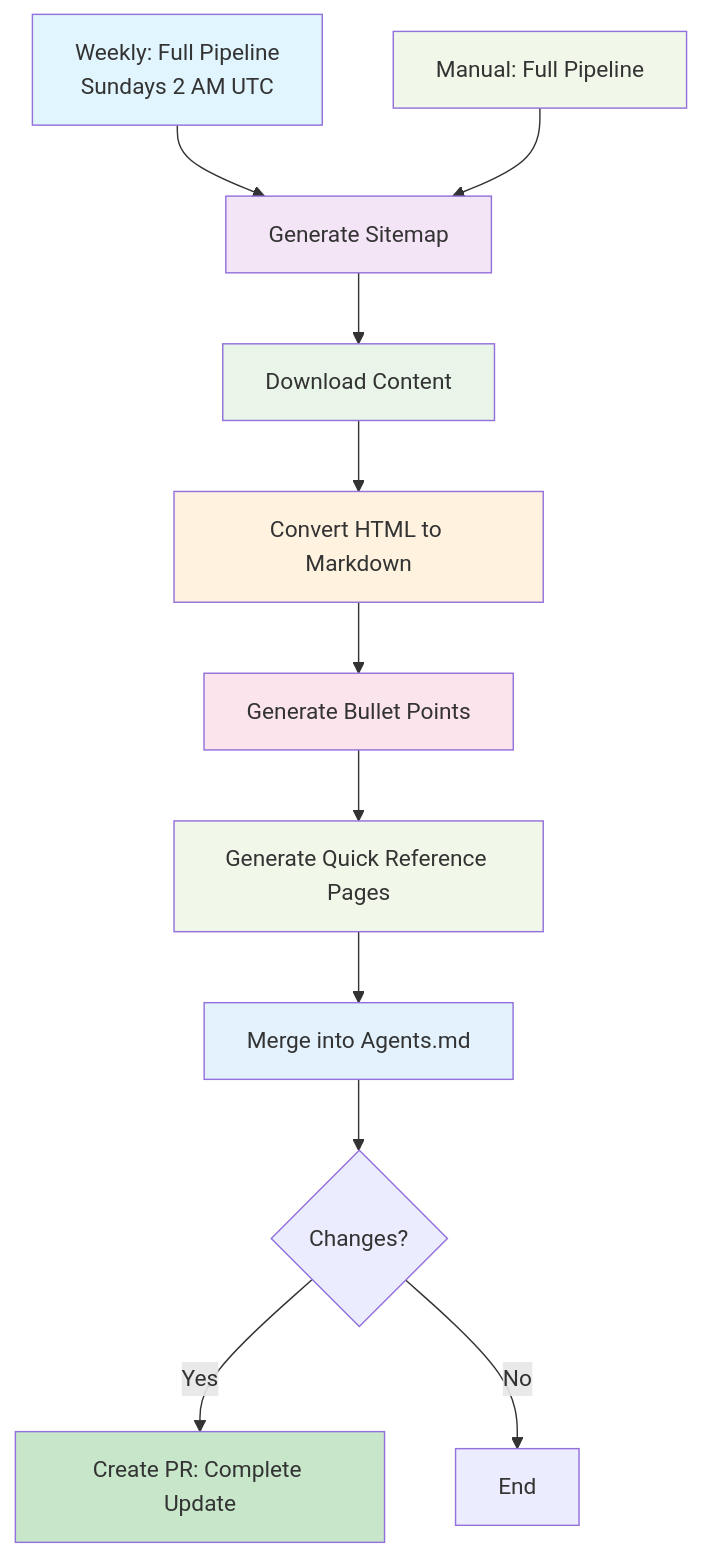
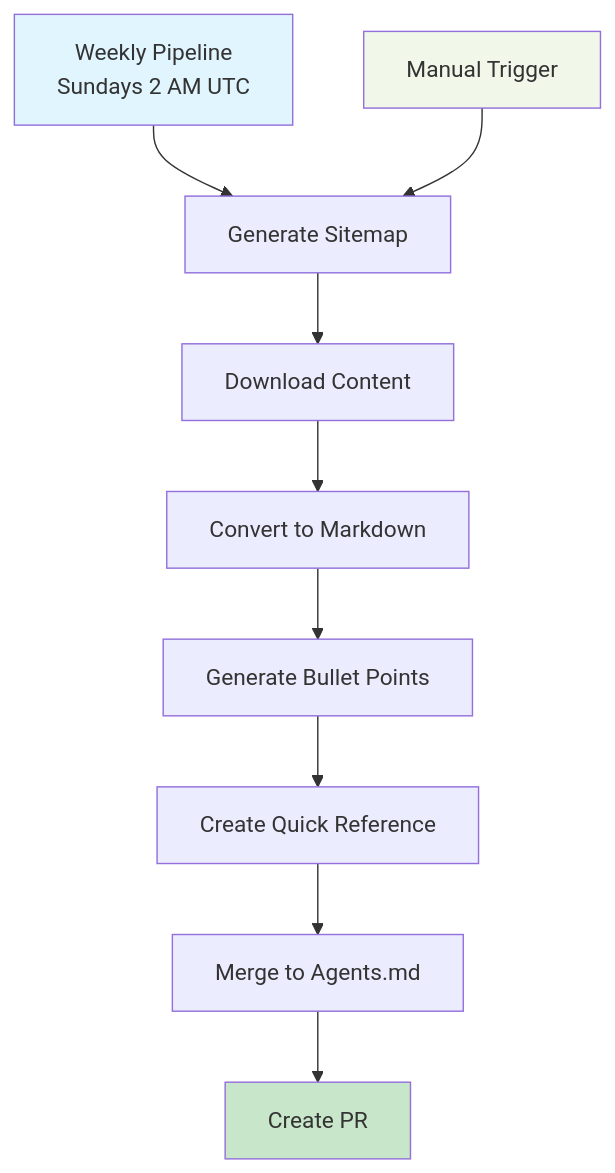
One commit to ronaldtebrake/surge changed the diagram in README.md. Above: the diagram before and after it, drawn with Mermaid. The commit also changed other lines of this file, not shown here.

````diff
--- a/README.md
+++ b/README.md
@@ -204,24 +32,16 @@
 ```mermaid
 graph TD
-    A[Weekly: Full Pipeline<br/>Sundays 2 AM UTC] --> B[Generate Sitemap]
+    A[Weekly Pipeline<br/>Sundays 2 AM UTC] --> B[Generate Sitemap]
     B --> C[Download Content]
-    C --> D[Convert HTML to Markdown]
+    C --> D[Convert to Markdown]
     D --> E[Generate Bullet Points]
-    E --> F[Generate Quick Reference Pages]
-    F --> G[Merge into Agents.md]
-    G --> H{Changes?}
-    H -->|Yes| I[Create PR: Complete Update]
-    H -->|No| J[End]
+    E --> F[Create Quick Reference]
+    F --> G[Merge to Agents.md]
+    G --> H[Create PR]
     
-    K[Manual: Full Pipeline] --> B
+    I[Manual Trigger] --> B
     
     style A fill:#e1f5fe
-    style B fill:#f3e5f5
-    style C fill:#e8f5e8
-    style D fill:#fff3e0
-    style E fill:#fce4ec
-    style F fill:#f1f8e9
-    style G fill:#e3f2fd
-    style I fill:#c8e6c9
-    style K fill:#f1f8e9
+    style H fill:#c8e6c9
+    style I fill:#f1f8e9
 ```
````
